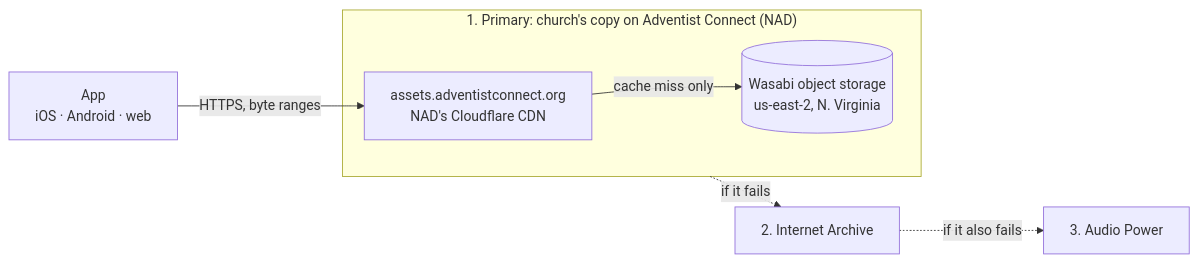
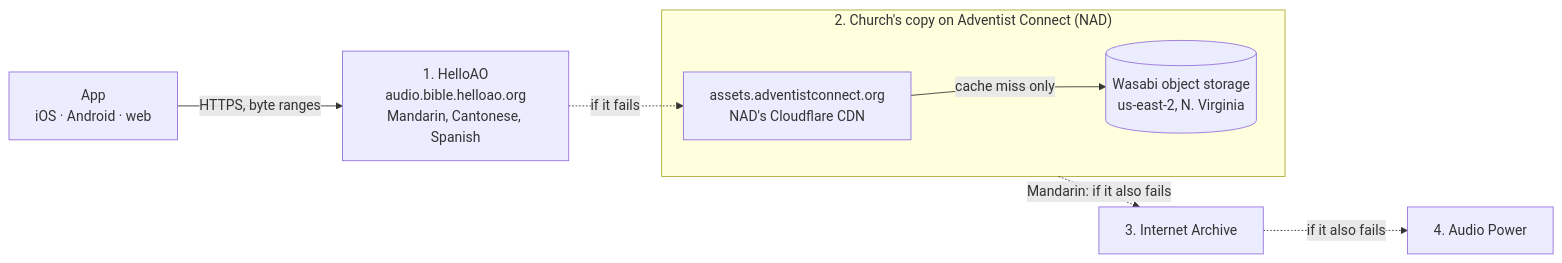
One commit to CodeSammich/sda-church-app changed the diagram in docs/operations/adventist-connect-media.md. Above: the diagram before and after it, drawn with Mermaid. The commit also changed other lines of this file and 127 other files, not shown here.

````diff
--- a/docs/operations/adventist-connect-media.md
+++ b/docs/operations/adventist-connect-media.md
@@ -52,9 +60,10 @@
 ```mermaid
 flowchart LR
-  app[App<br/>iOS · Android · web] -- HTTPS, byte ranges --> cdn
-  subgraph primary["1. Primary: church's copy on Adventist Connect (NAD)"]
+  app[App<br/>iOS · Android · web] -- HTTPS, byte ranges --> helloao["1. HelloAO<br/>audio.bible.helloao.org<br/>Mandarin, Cantonese, Spanish"]
+  helloao -. "if it fails" .-> cdn
+  subgraph church["2. Church's copy on Adventist Connect (NAD)"]
     cdn[assets.adventistconnect.org<br/>NAD's Cloudflare CDN] -- cache miss only --> wasabi[(Wasabi object storage<br/>us-east-2, N. Virginia)]
   end
-  primary -. "if it fails" .-> ia["2. Internet Archive"]
-  ia -. "if it also fails" .-> ap["3. Audio Power"]
+  church -. "Mandarin: if it also fails" .-> ia["3. Internet Archive"]
+  ia -. "if it also fails" .-> ap["4. Audio Power"]
 ```
````
